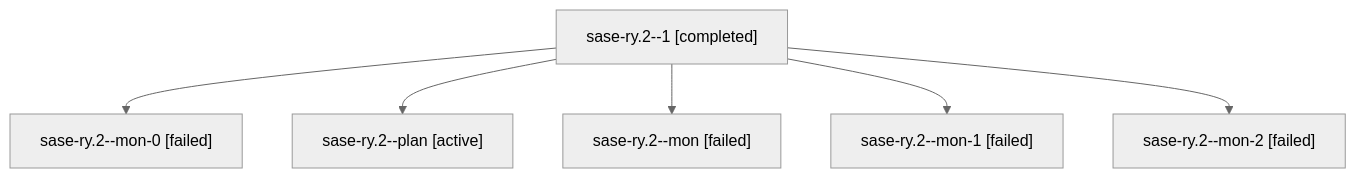
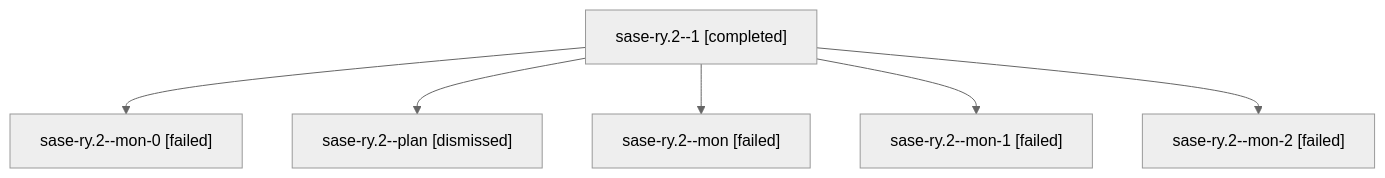
The diagram in sessions/bbugyi200.athena.sase-ry.2.md (sase-org/sase--agents), drawn with Mermaid (neutral theme) before and after one commit. The commit also changed other lines of this file and 127 other files, not shown here.

````diff
--- a/sessions/bbugyi200.athena.sase-ry.2.md
+++ b/sessions/bbugyi200.athena.sase-ry.2.md
@@ -9,14 +9,14 @@
 ```mermaid
 flowchart TD
   n0["sase-ry.2--1 [completed]"]
   n1["sase-ry.2--mon-0 [failed]"]
   n0 --> n1
-  n2["sase-ry.2--plan [active]"]
+  n2["sase-ry.2--plan [dismissed]"]
   n0 --> n2
   n3["sase-ry.2--mon [failed]"]
   n0 --> n3
   n4["sase-ry.2--mon-1 [failed]"]
   n0 --> n4
   n5["sase-ry.2--mon-2 [failed]"]
   n0 --> n5
 ```
````
